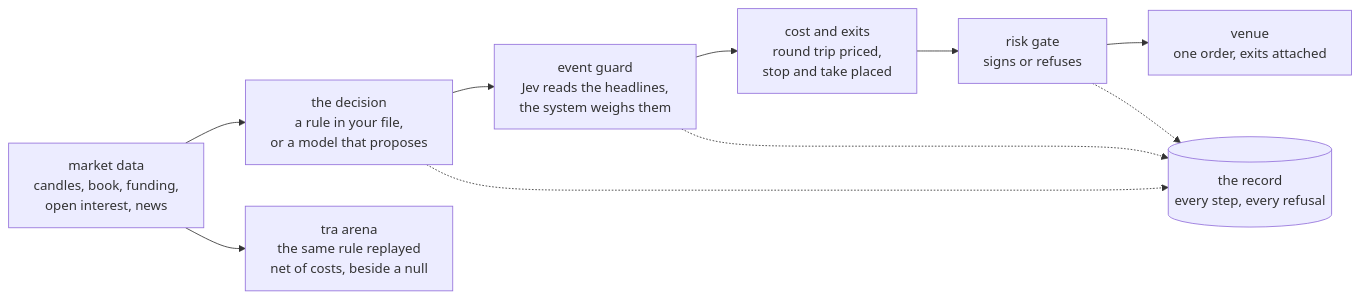
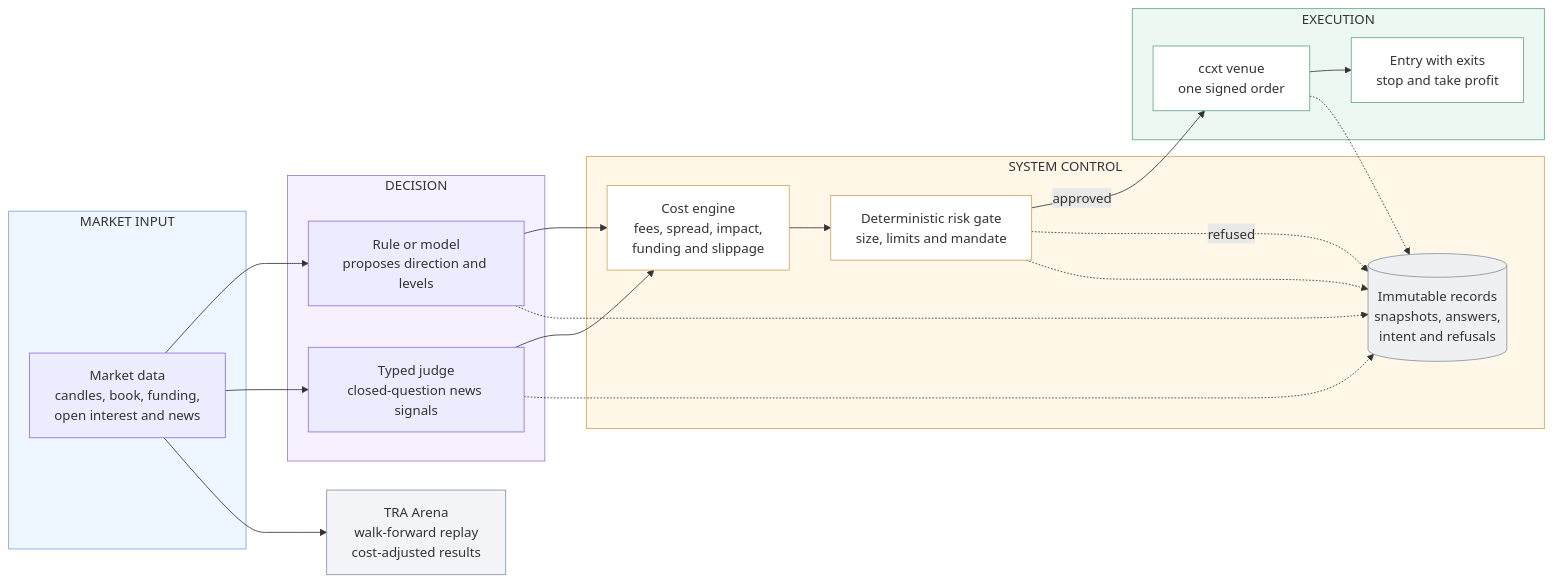
The first of 2 diagrams in README.md (BijectiveLabs/bitra), drawn with Mermaid before and after one commit. The commit also changed other lines of this file and 8 other files, not shown here.

````diff
--- a/README.md
+++ b/README.md
@@ -101,16 +101,49 @@
 ```mermaid
 flowchart LR
-    market["market data<br/>candles, book, funding,<br/>open interest, news"]
-    decision["the decision<br/>a rule in your file,<br/>or a model that proposes"]
-    guard["event guard<br/>Jev reads the headlines,<br/>the system weighs them"]
-    cost["cost and exits<br/>round trip priced,<br/>stop and take placed"]
-    risk["risk gate<br/>signs or refuses"]
-    venue["venue<br/>one order, exits attached"]
-    record[("the record<br/>every step, every refusal")]
-    arena["tra arena<br/>the same rule replayed<br/>net of costs, beside a null"]
-    market --> decision --> guard --> cost --> risk --> venue
-    decision -.-> record
-    guard -.-> record
+    subgraph inputs["MARKET INPUT"]
+        market["Market data<br/>candles, book, funding,<br/>open interest and news"]
+    end
+
+    subgraph decision["DECISION"]
+        proposal["Rule or model<br/>proposes direction and levels"]
+        judge["Typed judge<br/>closed-question news signals"]
+    end
+
+    subgraph control["SYSTEM CONTROL"]
+        cost["Cost engine<br/>fees, spread, impact,<br/>funding and slippage"]
+        risk["Deterministic risk gate<br/>size, limits and mandate"]
+        record[("Immutable records<br/>snapshots, answers,<br/>intent and refusals")]
+    end
+
+    subgraph execution["EXECUTION"]
+        venue["ccxt venue<br/>one signed order"]
+        exits["Entry with exits<br/>stop and take profit"]
+    end
+
+    arena["TRA Arena<br/>walk-forward replay<br/>cost-adjusted results"]
+
+    market --> proposal
+    market --> judge
+    market --> arena
+    proposal --> cost
+    judge --> cost
+    cost --> risk
+    risk -->|"approved"| venue
+    risk -.->|"refused"| record
+    venue --> exits
+    proposal -.-> record
+    judge -.-> record
     risk -.-> record
-    market --> arena
+    venue -.-> record
+
+    style inputs fill:#eef6ff,stroke:#7aa7d8,stroke-width:1px
+    style decision fill:#f7f1ff,stroke:#9b7cc7,stroke-width:1px
+    style control fill:#fff7e8,stroke:#d2a65c,stroke-width:1px
+    style execution fill:#ecf8f1,stroke:#65a880,stroke-width:1px
+    style arena fill:#f2f4f7,stroke:#87939f,stroke-width:1px
+    style record fill:#eef0f2,stroke:#87939f,stroke-width:1px
+    style cost fill:#ffffff,stroke:#d2a65c
+    style risk fill:#ffffff,stroke:#d2a65c
+    style venue fill:#ffffff,stroke:#65a880
+    style exits fill:#ffffff,stroke:#65a880
 ```
````
